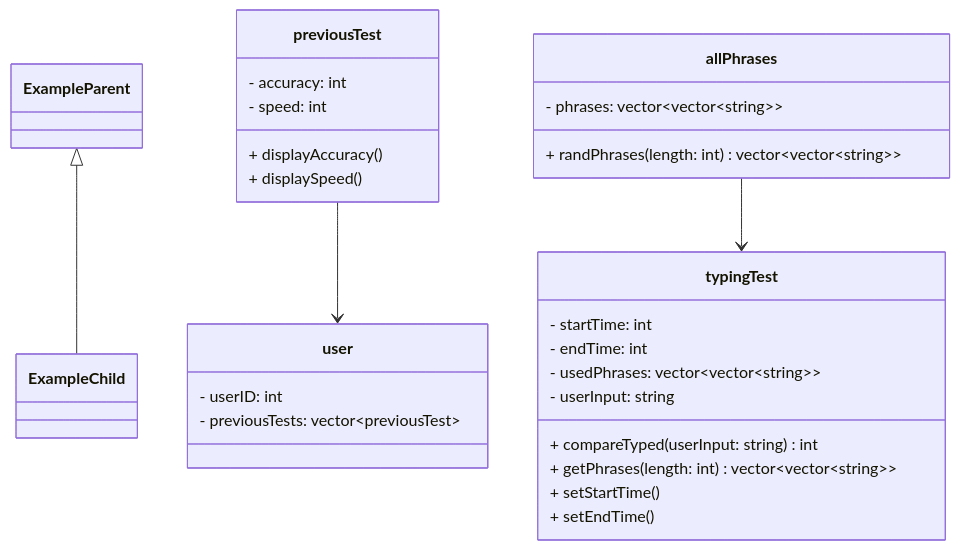
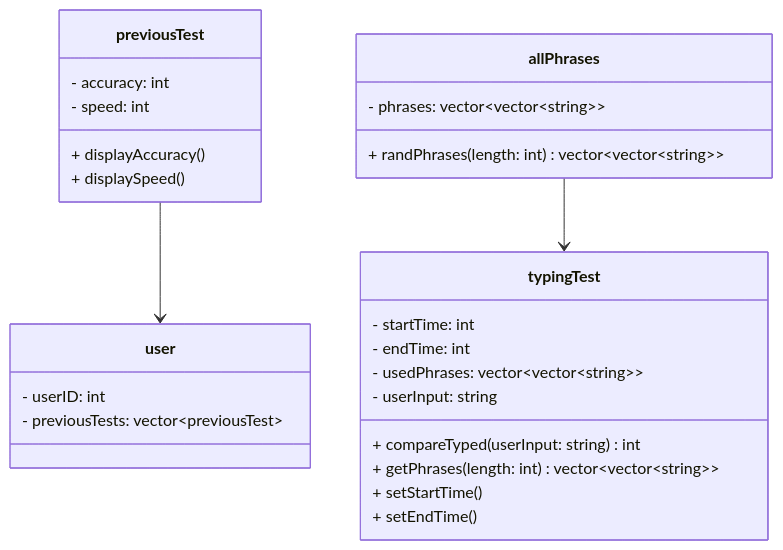
Before and after one commit to ImagenL/tippitytappity-design: the diagram in README.md, drawn with Mermaid.

````diff
--- a/README.md
+++ b/README.md
@@ -8,32 +8,31 @@
 ```mermaid
 classDiagram
-  ExampleParent <|-- ExampleChild
   previousTest --> user
   allPhrases --> typingTest
   class allPhrases{
         - phrases: vector~vector~string~~
         + randPhrases(length: int) vector~vector~string~~
   }
   class typingTest{
       - startTime: int
       - endTime: int
       - usedPhrases: vector~vector~string~~
       - userInput: string
       + compareTyped(userInput: string) int
       + getPhrases(length: int) vector~vector~string~~
       + setStartTime()
       + setEndTime()
   }
   class previousTest{
       - accuracy: int
       - speed: int
       + displayAccuracy()
       + displaySpeed()
   }
   class user{
       - userID: int
       - previousTests: vector~previousTest~
 
   }
 
 ```
````
